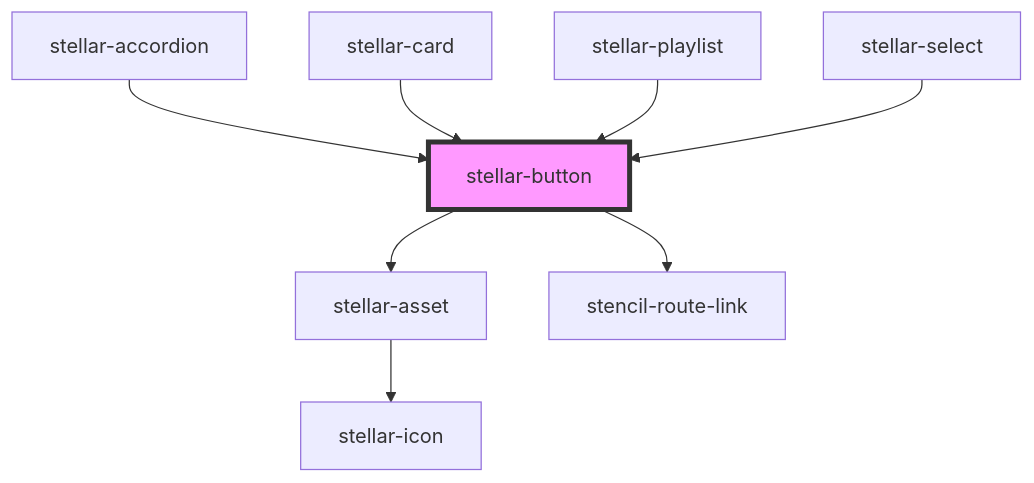
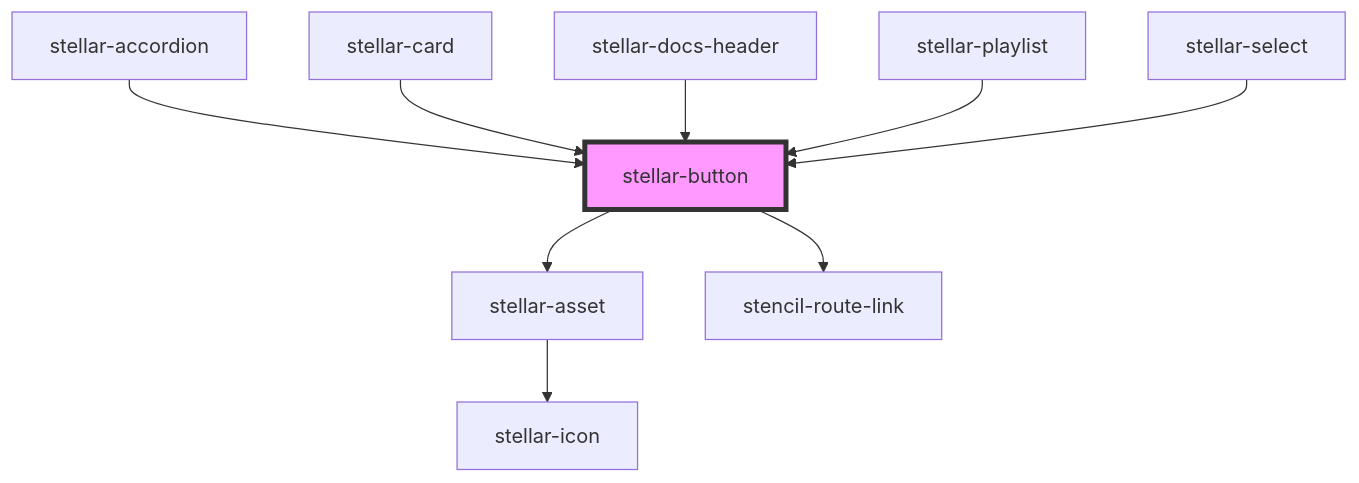
Before and after one commit to splitinfinities/Stellar: the diagram in src/components/forms/button/readme.md, drawn with Mermaid. The commit also changed other lines of this file and 50 other files, not shown here.

````diff
--- a/src/components/forms/button/readme.md
+++ b/src/components/forms/button/readme.md
@@ -77,11 +78,12 @@
 ```mermaid
 graph TD;
   stellar-button --> stellar-asset
   stellar-button --> stencil-route-link
   stellar-asset --> stellar-icon
   stellar-accordion --> stellar-button
   stellar-card --> stellar-button
+  stellar-docs-header --> stellar-button
   stellar-playlist --> stellar-button
   stellar-select --> stellar-button
   style stellar-button fill:#f9f,stroke:#333,stroke-width:4px
 ```
````
